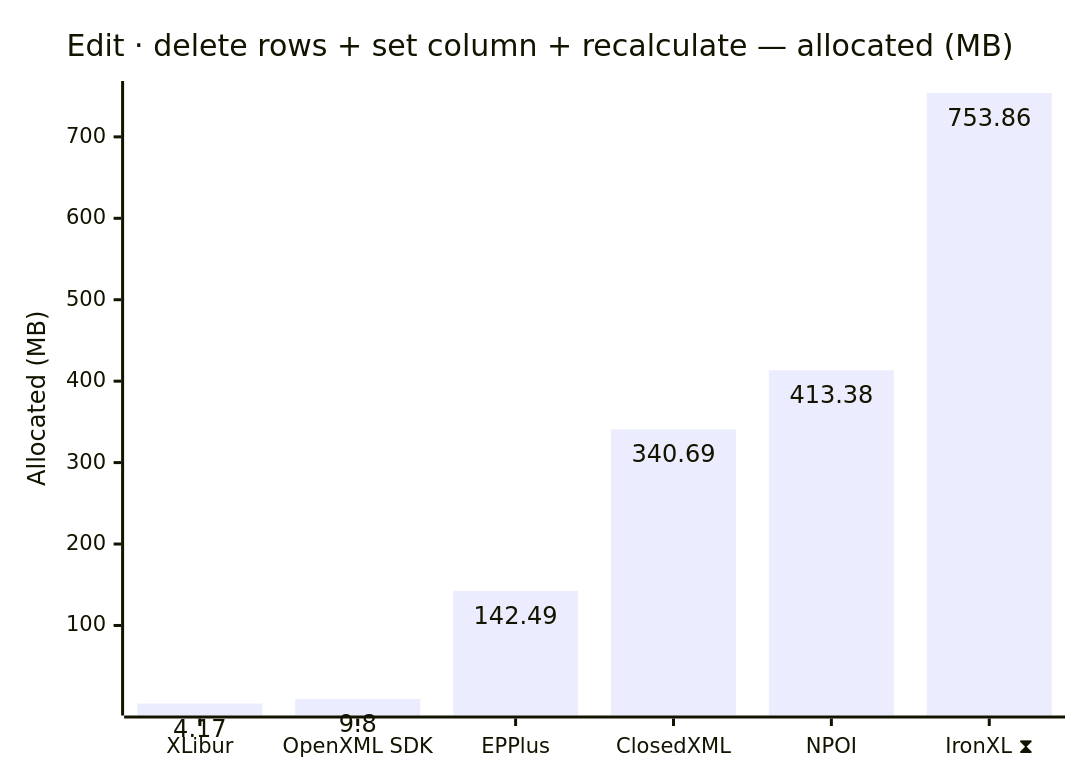
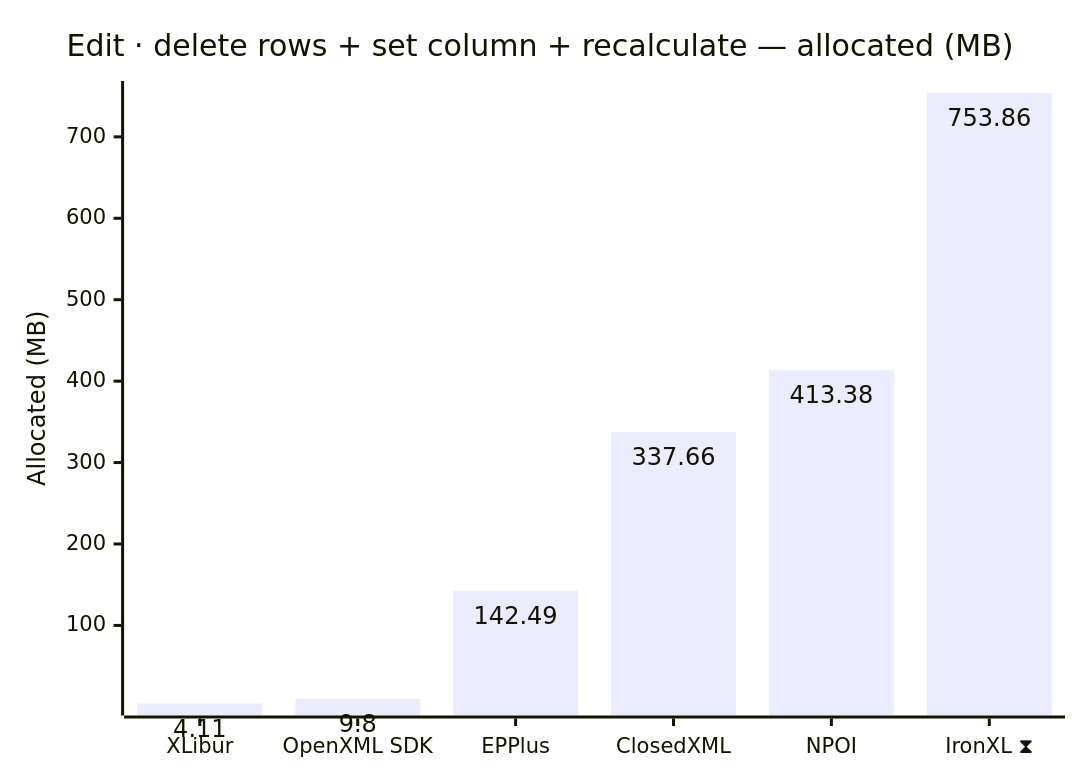
One commit to jafin/XLBench changed the tenth of 12 diagrams in docs/results.md. Above: the diagram before and after it, drawn with Mermaid. The commit also changed other lines of this file and 6 other files, not shown here.

````diff
--- a/docs/results.md
+++ b/docs/results.md
@@ -156,12 +156,12 @@
 ```mermaid
 ---
 config:
   xyChart:
     showDataLabel: true
 ---
 xychart-beta
     title "Edit · delete rows + set column + recalculate — allocated (MB)"
     x-axis ["XLibur", "OpenXML SDK", "EPPlus", "ClosedXML", "NPOI", "IronXL ⧗"]
     y-axis "Allocated (MB)"
-    bar [4.17, 9.8, 142.49, 340.69, 413.38, 753.86]
+    bar [4.11, 9.8, 142.49, 337.66, 413.38, 753.86]
 ```
````
